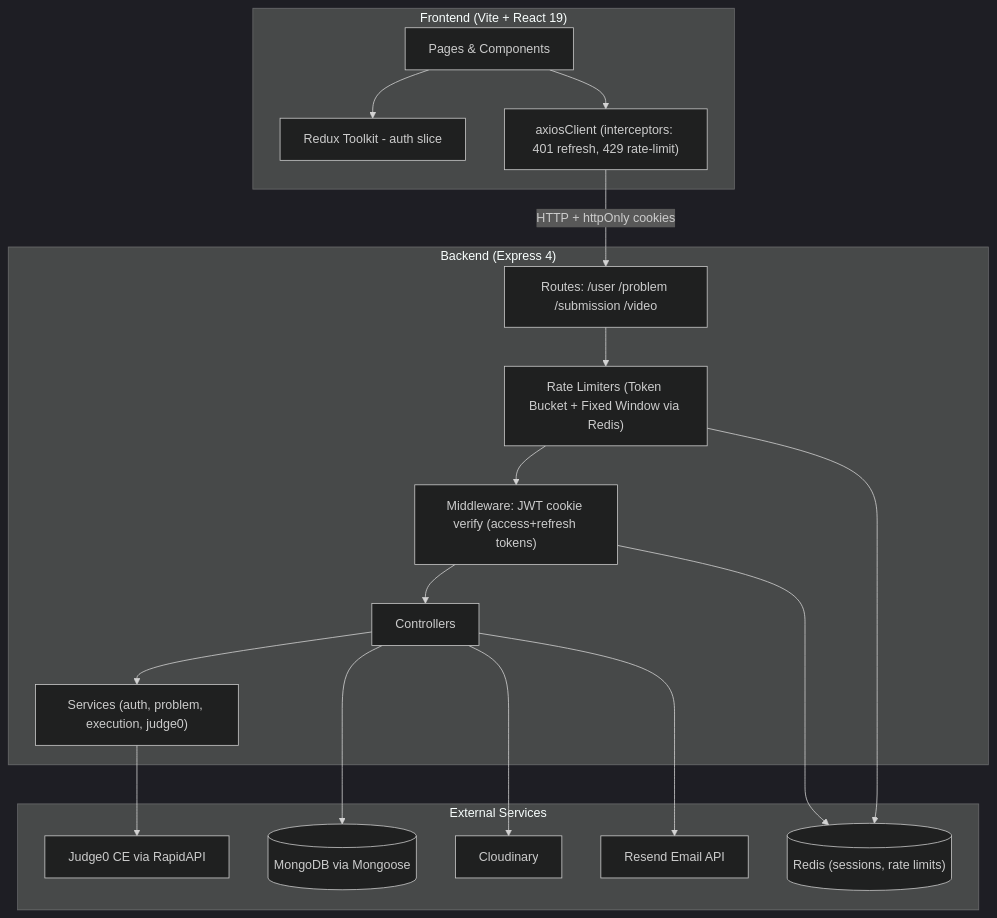
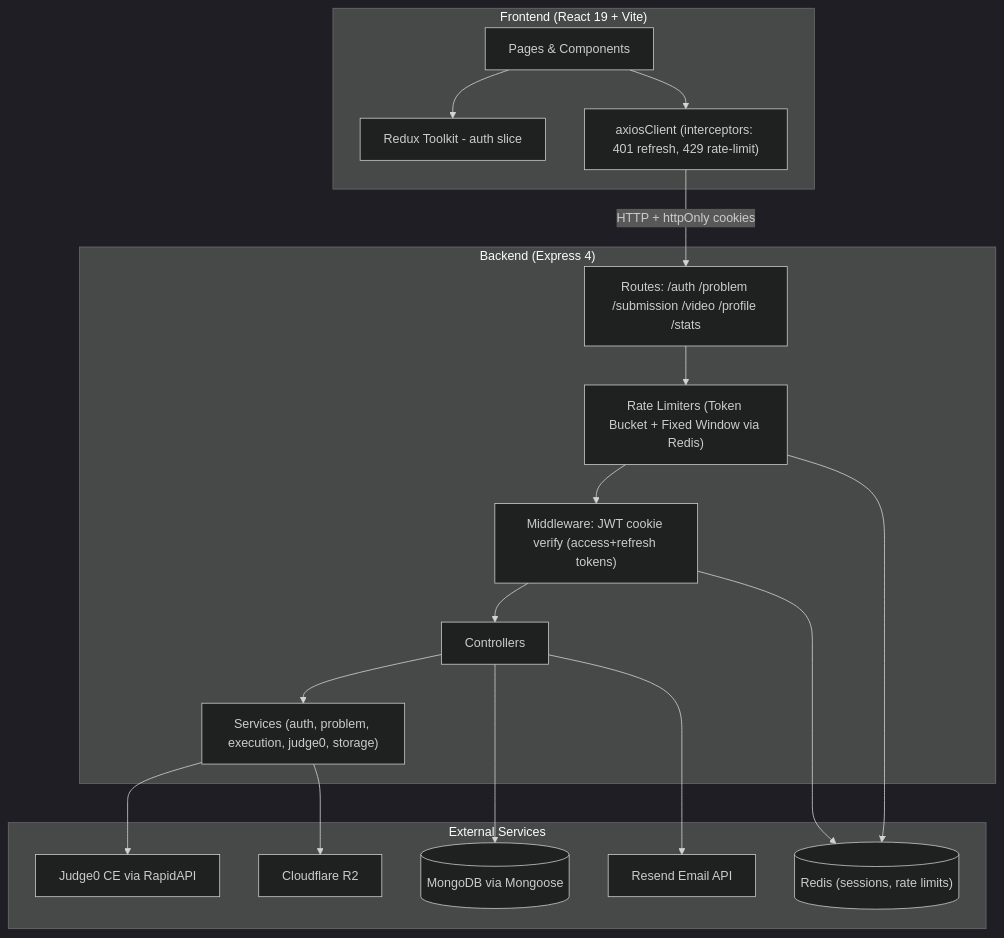
One commit to Lokeshkumar719/CodeArena changed the diagram in docs/ARCHITECTURE.md. Above: the diagram before and after it, drawn with Mermaid (dark theme). The commit also changed other lines of this file and 142 other files, not shown here.

````diff
--- a/docs/ARCHITECTURE.md
+++ b/docs/ARCHITECTURE.md
@@ -15,36 +15,36 @@
 ```mermaid
 flowchart TB
-  subgraph Client["Frontend (Vite + React 19)"]
+  subgraph Client["Frontend (React 19 + Vite)"]
     UI[Pages & Components]
     Redux[Redux Toolkit - auth slice]
     Axios["axiosClient (interceptors: 401 refresh, 429 rate-limit)"]
     UI --> Redux
     UI --> Axios
   end
 
   subgraph Server["Backend (Express 4)"]
-    Routes["Routes: /user /problem /submission /video"]
+    Routes["Routes: /auth /problem /submission /video /profile /stats"]
     RL["Rate Limiters (Token Bucket + Fixed Window via Redis)"]
     MW["Middleware: JWT cookie verify (access+refresh tokens)"]
     Ctrl[Controllers]
-    Svc["Services (auth, problem, execution, judge0)"]
+    Svc["Services (auth, problem, execution, judge0, storage)"]
     Routes --> RL --> MW --> Ctrl
     Ctrl --> Svc
   end
 
   subgraph External["External Services"]
     MongoDB[(MongoDB via Mongoose)]
     Redis[("Redis (sessions, rate limits)")]
     J0[Judge0 CE via RapidAPI]
-    Cloud[Cloudinary]
+    R2[Cloudflare R2]
     Resend[Resend Email API]
   end
 
   Axios -->|HTTP + httpOnly cookies| Routes
   Ctrl --> MongoDB
   MW --> Redis
   RL --> Redis
   Svc --> J0
-  Ctrl --> Cloud
+  Svc --> R2
   Ctrl --> Resend
 ```
````
